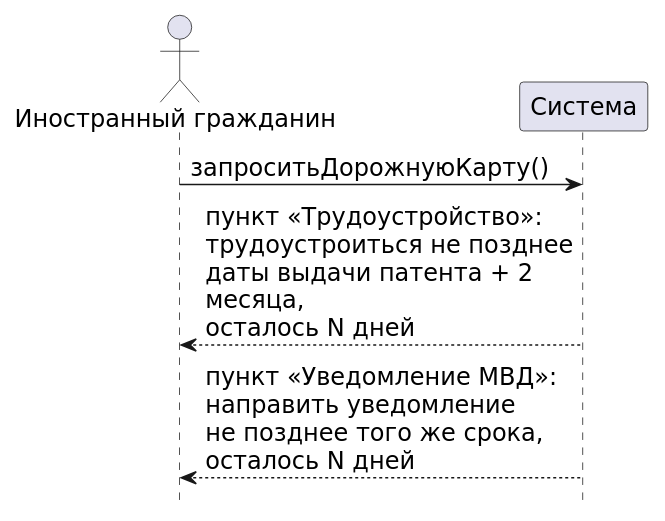
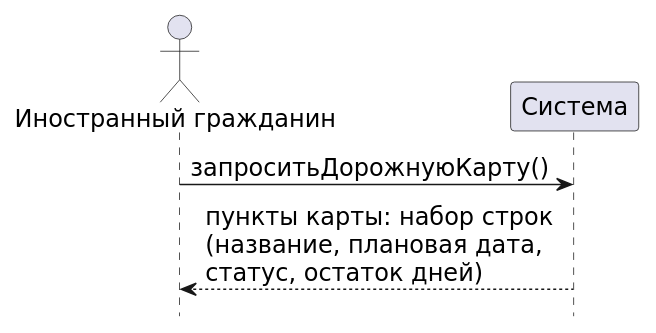
One commit to mflkee/study changed the diagram in tsu/5sem/Функциональное моделирование систем/документы/src/03-p2-osnovnoy.puml. Above: the diagram before and after it, drawn with PlantUML. The commit also changed 12 other files, not shown here.

Commit message:
лаб. 2-3: карта принадлежит гражданину, пункт карты без бизнес-логики, спецификация диаграмм

```diff
--- a/tsu/5sem/Функциональное моделирование систем/документы/src/03-p2-osnovnoy.puml
+++ b/tsu/5sem/Функциональное моделирование систем/документы/src/03-p2-osnovnoy.puml
@@ -1,13 +1,12 @@
 @startuml
 skinparam shadowing false
 skinparam defaultFontName "DejaVu Sans"
 skinparam defaultFontSize 16
 skinparam sequenceMessageAlign left
 skinparam maxMessageSize 260
 hide footbox
 actor "Иностранный гражданин" as IG
 participant "Система" as SYS
 IG -> SYS : запроситьДорожнуюКарту()
-SYS --> IG : пункт «Трудоустройство»:\nтрудоустроиться не позднее\nдаты выдачи патента + 2 месяца,\nосталось N дней
-SYS --> IG : пункт «Уведомление МВД»:\nнаправить уведомление\nне позднее того же срока,\nосталось N дней
+SYS --> IG : пункты карты: набор строк\n(название, плановая дата,\nстатус, остаток дней)
 @enduml
```
